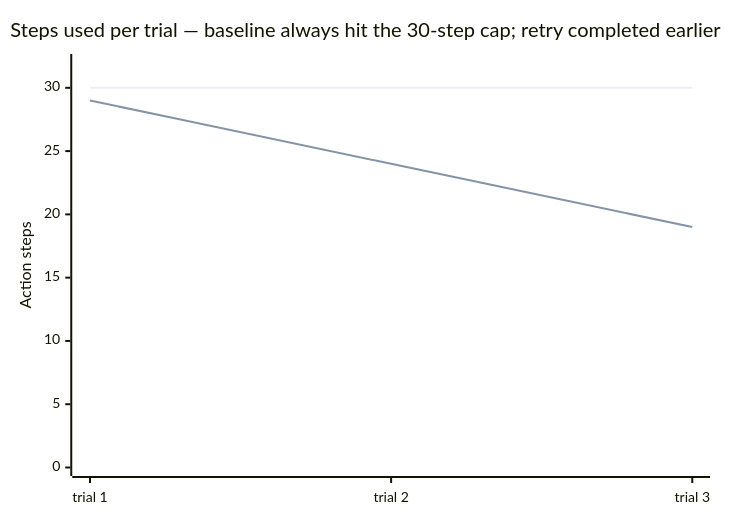
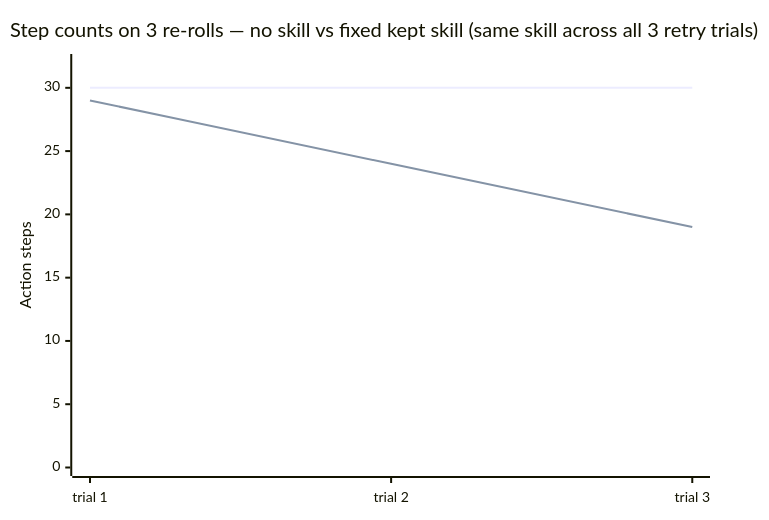
One commit to renantrendt/gemini-cu-skill-loop changed the fourth of 4 diagrams in README.md. Above: the diagram before and after it, drawn with Mermaid. The commit also changed other lines of this file and 2 other files, not shown here.

First line of the commit message:
fix: adversarial-review findings — \xc2\xa75.4 inversion, Apple steps, hallucinated cite, repro gaps

````diff
--- a/README.md
+++ b/README.md
@@ -380,8 +405,8 @@
 ```mermaid
 xychart-beta
-    title "Steps used per trial — baseline always hit the 30-step cap; retry completed earlier"
+    title "Step counts on 3 re-rolls — no skill vs fixed kept skill (same skill across all 3 retry trials)"
     x-axis ["trial 1", "trial 2", "trial 3"]
     y-axis "Action steps" 0 --> 32
     line [30, 30, 30]
     line [29, 24, 19]
 ```
````
